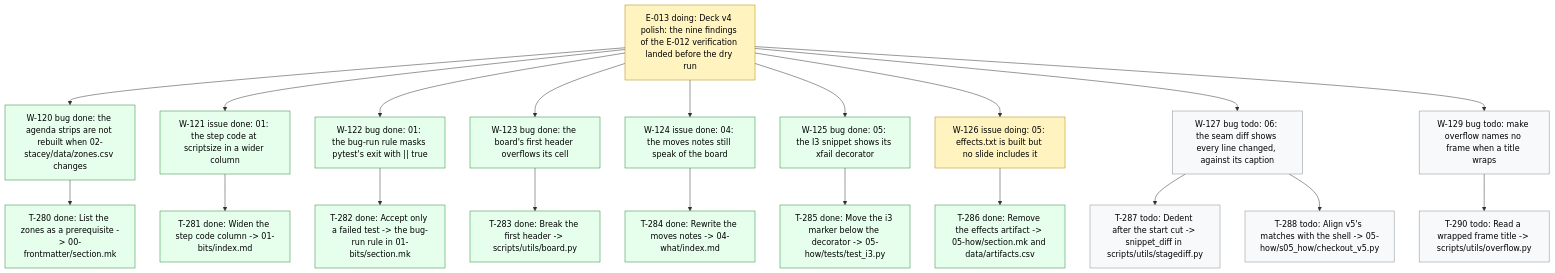
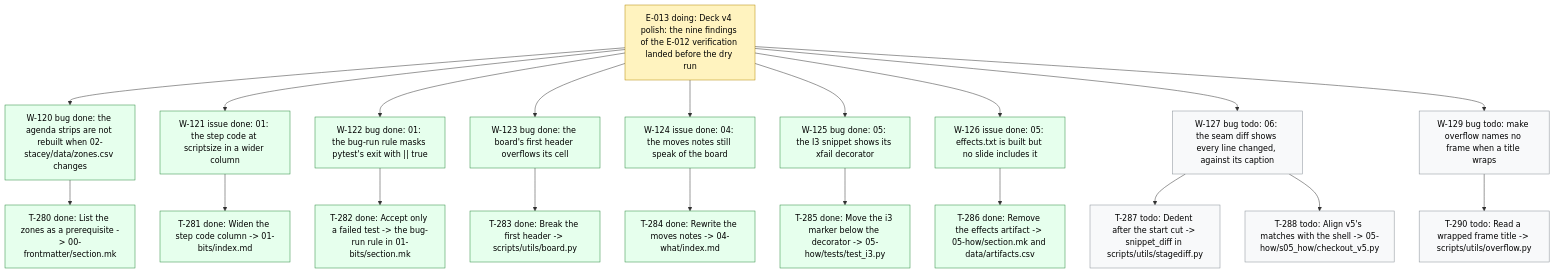
The diagram in .board/BOARD.md (dpopchev/chaos-to-simple), drawn with Mermaid before and after one commit. The commit also changed other lines of this file and 1 other file, not shown here.

Commit message:
chore(board): close W-126 -- landed
Refs: W-126

````diff
--- a/.board/BOARD.md
+++ b/.board/BOARD.md
@@ -729,31 +729,31 @@
 ```mermaid
 flowchart TD
   E013["E-013 doing: Deck v4 polish: the nine findings of the E-012 verification landed before the dry run"]
   E013 --> W120["W-120 bug done: the agenda strips are not rebuilt when 02-stacey/data/zones.csv changes"]
   W120 --> T280["T-280 done: List the zones as a prerequisite -> 00-frontmatter/section.mk"]
   E013 --> W121["W-121 issue done: 01: the step code at scriptsize in a wider column"]
   W121 --> T281["T-281 done: Widen the step code column -> 01-bits/index.md"]
   E013 --> W122["W-122 bug done: 01: the bug-run rule masks pytest's exit with || true"]
   W122 --> T282["T-282 done: Accept only a failed test -> the bug-run rule in 01-bits/section.mk"]
   E013 --> W123["W-123 bug done: the board's first header overflows its cell"]
   W123 --> T283["T-283 done: Break the first header -> scripts/utils/board.py"]
   E013 --> W124["W-124 issue done: 04: the moves notes still speak of the board"]
   W124 --> T284["T-284 done: Rewrite the moves notes -> 04-what/index.md"]
   E013 --> W125["W-125 bug done: 05: the I3 snippet shows its xfail decorator"]
   W125 --> T285["T-285 done: Move the i3 marker below the decorator -> 05-how/tests/test_i3.py"]
-  E013 --> W126["W-126 issue doing: 05: effects.txt is built but no slide includes it"]
+  E013 --> W126["W-126 issue done: 05: effects.txt is built but no slide includes it"]
   W126 --> T286["T-286 done: Remove the effects artifact -> 05-how/section.mk and data/artifacts.csv"]
   E013 --> W127["W-127 bug todo: 06: the seam diff shows every line changed, against its caption"]
   W127 --> T287["T-287 todo: Dedent after the start cut -> snippet_diff in scripts/utils/stagediff.py"]
   W127 --> T288["T-288 todo: Align v5's matches with the shell -> 05-how/s05_how/checkout_v5.py"]
   E013 --> W129["W-129 bug todo: make overflow names no frame when a title wraps"]
   W129 --> T290["T-290 todo: Read a wrapped frame title -> scripts/utils/overflow.py"]
   classDef doing fill:#fff3bf,stroke:#b58900,color:#000;
   classDef blocked fill:#ffe3e3,stroke:#c92a2a,color:#000;
   classDef done fill:#e6ffed,stroke:#2b8a3e,color:#000;
   classDef todo fill:#f8f9fa,stroke:#868e96,color:#000;
   classDef pruned fill:#f1f3f5,stroke:#adb5bd,color:#000;
-  class E013,W126 doing
-  class W120,T280,W121,T281,W122,T282,W123,T283,W124,T284,W125,T285,T286 done
+  class E013 doing
+  class W120,T280,W121,T281,W122,T282,W123,T283,W124,T284,W125,T285,W126,T286 done
   class W127,T287,T288,W129,T290 todo
 ```
````
